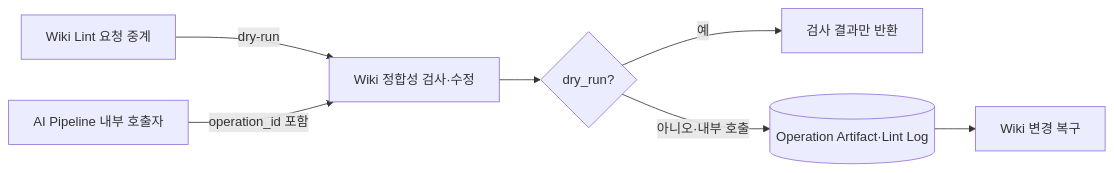
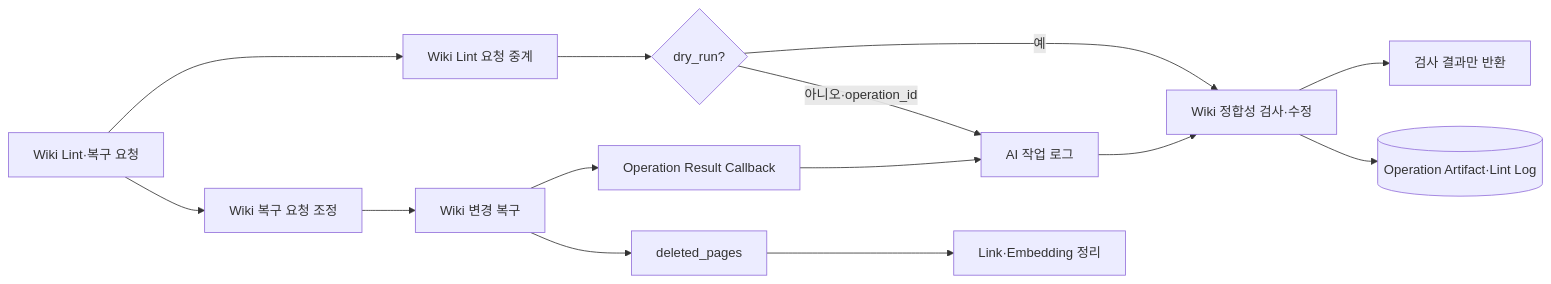
The tenth of 15 diagrams in docs/core-data-flow.md (FruitionKR/local-pilot), drawn with Mermaid before and after one commit. The commit also changed other lines of this file and 28 other files, not shown here.

````diff
--- a/docs/core-data-flow.md
+++ b/docs/core-data-flow.md
@@ -469,15 +469,21 @@
 ```mermaid
 flowchart LR
+    USER[Wiki Lint·복구 요청]
     SPRING["Wiki Lint 요청 중계"]
-    INTERNAL[AI Pipeline 내부 호출자]
+    OP[AI 작업 로그]
     LINT["Wiki 정합성 검사·수정"]
     MODE{dry_run?}
     REPORT[검사 결과만 반환]
     ARTIFACT[(Operation Artifact·Lint Log)]
+    RESTORE_REQUEST["Wiki 복구 요청 조정"]
     RESTORE["Wiki 변경 복구"]
+    CALLBACK[Operation Result Callback]
+    DELETED[deleted_pages]
+    CLEANUP["Link·Embedding 정리"]
 
-    SPRING -->|dry-run| LINT --> MODE
-    INTERNAL -->|operation_id 포함| LINT
-    MODE -->|예| REPORT
-    MODE -->|아니오·내부 호출| ARTIFACT --> RESTORE
+    USER --> SPRING --> MODE
+    MODE -->|예| LINT --> REPORT
+    MODE -->|아니오·operation_id| OP --> LINT --> ARTIFACT
+    USER --> RESTORE_REQUEST --> RESTORE --> CALLBACK --> OP
+    RESTORE --> DELETED --> CLEANUP
 ```
````
